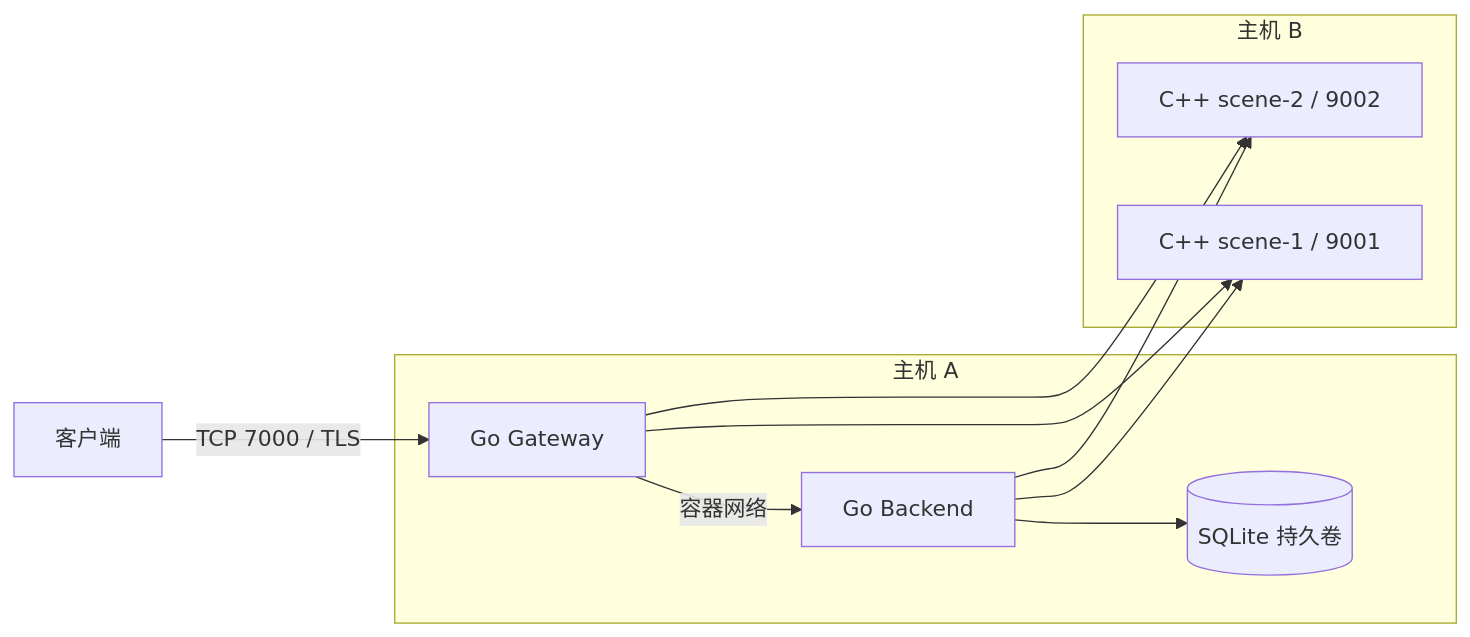
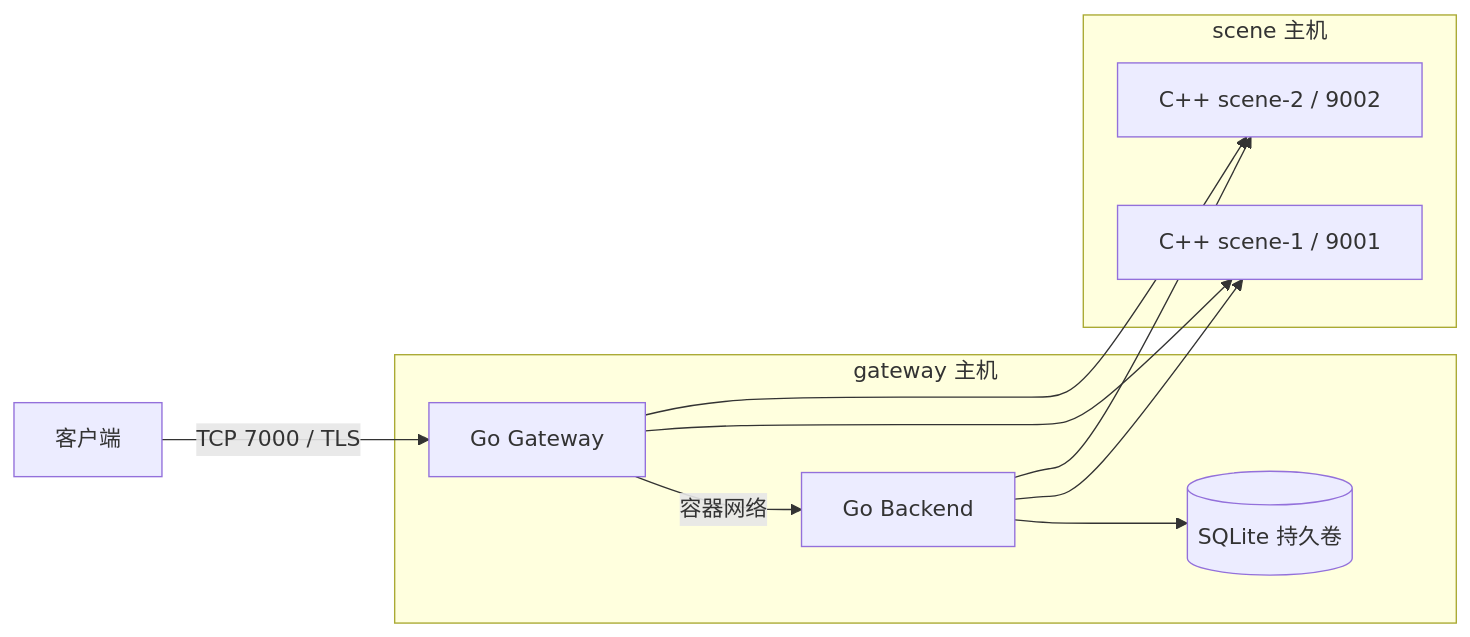
Before and after one commit to dravenlove/mmo-server: the diagram in docs/DEPLOYMENT_TWO_HOSTS.md, drawn with Mermaid. The commit also changed other lines of this file and 14 other files, not shown here.

Commit message:
Name deployment hosts and image packages by gateway and scene roles

````diff
--- a/docs/DEPLOYMENT_TWO_HOSTS.md
+++ b/docs/DEPLOYMENT_TWO_HOSTS.md
@@ -16,16 +18,16 @@
 ```mermaid
 flowchart LR
     C[客户端] -->|TCP 7000 / TLS| G
-    subgraph A[主机 A]
+    subgraph GatewayHost[gateway 主机]
         G[Go Gateway] -->|容器网络| K[Go Backend]
         K --> V[(SQLite 持久卷)]
     end
-    subgraph B[主机 B]
+    subgraph SceneHost[scene 主机]
         S1[C++ scene-1 / 9001]
         S2[C++ scene-2 / 9002]
     end
     G --> S1
     G --> S2
     K --> S1
     K --> S2
 ```
````
